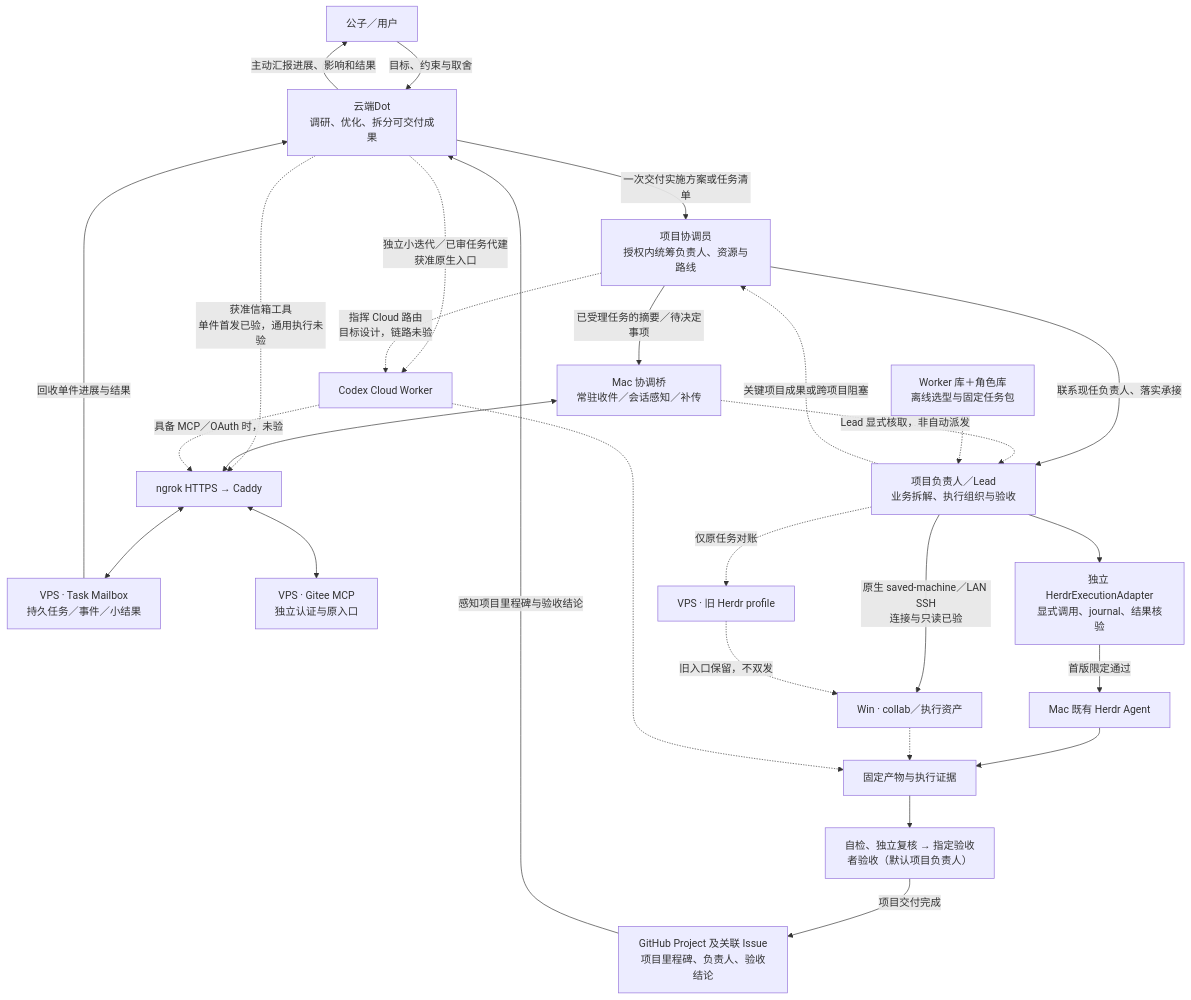
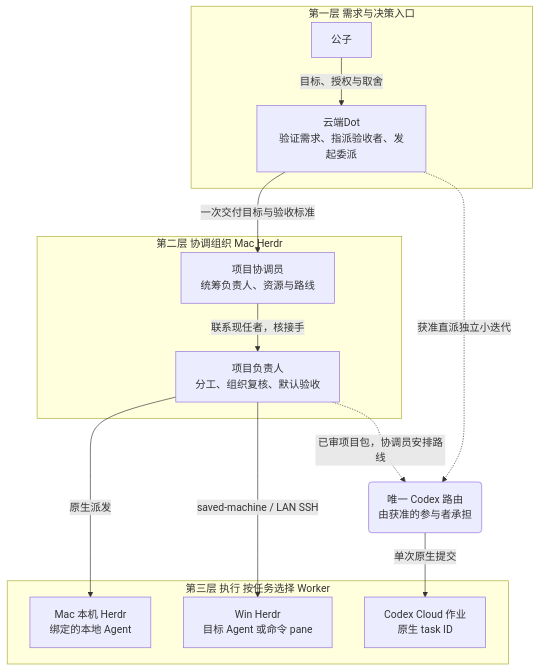
One commit to CF-FE/herdr-4-codexcloud changed the first of 2 diagrams in docs/architecture.md. Above: the diagram before and after it, drawn with Mermaid. The commit also changed other lines of this file and 10 other files, not shown here.

Commit message:
docs: separate Cloud Dot handoff from acceptance across the Super-Agent workflow

````diff
--- a/docs/architecture.md
+++ b/docs/architecture.md
@@ -41,31 +19,20 @@
 ```mermaid
-flowchart TD
-    U["公子／用户"] -->|"目标、约束与取舍"| D["云端Dot<br/>调研、优化、拆分可交付成果"]
-    D -->|"主动汇报进展、影响和结果"| U
-    R["GitHub Project 及关联 Issue<br/>项目里程碑、负责人、验收结论"]
-    D -->|"一次交付实施方案或任务清单"| CO["项目协调员<br/>授权内统筹负责人、资源与路线"]
-    CO -->|"联系现任负责人、落实承接"| L["项目负责人／Lead<br/>业务拆解、执行组织与验收"]
-    D -.->|"获准信箱工具<br/>单件首发已验，通用执行未验"| HTTPS["ngrok HTTPS → Caddy"]
-    HTTPS <--> MB["VPS · Task Mailbox<br/>持久任务／事件／小结果"]
-    HTTPS <--> GT["VPS · Gitee MCP<br/>独立认证与原入口"]
-    B["Mac 协调桥<br/>常驻收件／会话感知／补传"] <--> HTTPS
-    B -.->|"Lead 显式核取，非自动派发"| L
-    K["Worker 库＋角色库<br/>离线选型与固定任务包"] -.-> L
-    L --> E["独立 HerdrExecutionAdapter<br/>显式调用、journal、结果核验"]
-    E -->|"首版限定通过"| A["Mac 既有 Herdr Agent"]
-    L -->|"原生 saved-machine／LAN SSH<br/>连接与只读已验"| W["Win · collab／执行资产"]
-    L -.->|"仅原任务对账"| V["VPS · 旧 Herdr profile"]
-    V -.->|"旧入口保留，不双发"| W
-    D -.->|"独立小迭代／已审任务代建<br/>获准原生入口"| C["Codex Cloud Worker"]
-    CO -.->|"指挥 Cloud 路由<br/>目标设计，链路未验"| C
-    C -.->|"具备 MCP／OAuth 时，未验"| HTTPS
-    A --> F["固定产物与执行证据"]
-    W -.-> F
-    C -.-> F
-    F --> Q["自检、独立复核 → 指定验收者验收（默认项目负责人）"]
-    Q -->|"项目交付完成"| R
-    L -.->|"关键项目成果或跨项目阻塞"| CO
-    CO -->|"已受理任务的摘要／待决定事项"| B
-    MB -->|"回收单件进展与结果"| D
-    R -->|"感知项目里程碑与验收结论"| D
+graph TD
+    subgraph 第一层 需求与决策入口
+        U["公子"] -->|"目标、授权与取舍"| D["云端Dot<br/>验证需求、指派验收者、发起委派"]
+    end
+    subgraph 第二层 协调组织 Mac Herdr
+        C["项目协调员<br/>统筹负责人、资源与路线"] -->|"联系现任者，核接手"| O["项目负责人<br/>分工、组织复核、默认验收"]
+    end
+    subgraph 第三层 执行 按任务选择 Worker
+        M["Mac 本机 Herdr<br/>绑定的本地 Agent"]
+        W["Win Herdr<br/>目标 Agent 或命令 pane"]
+        X["Codex Cloud 作业<br/>原生 task ID"]
+    end
+    D -->|"一次交付目标与验收标准"| C
+    O -->|"原生派发"| M
+    O -->|"saved-machine / LAN SSH"| W
+    O -.->|"已审项目包，协调员安排路线"| R("唯一 Codex 路由<br/>由获准的参与者承担")
+    D -.->|"获准直派独立小迭代"| R
+    R -->|"单次原生提交"| X
 ```
````
